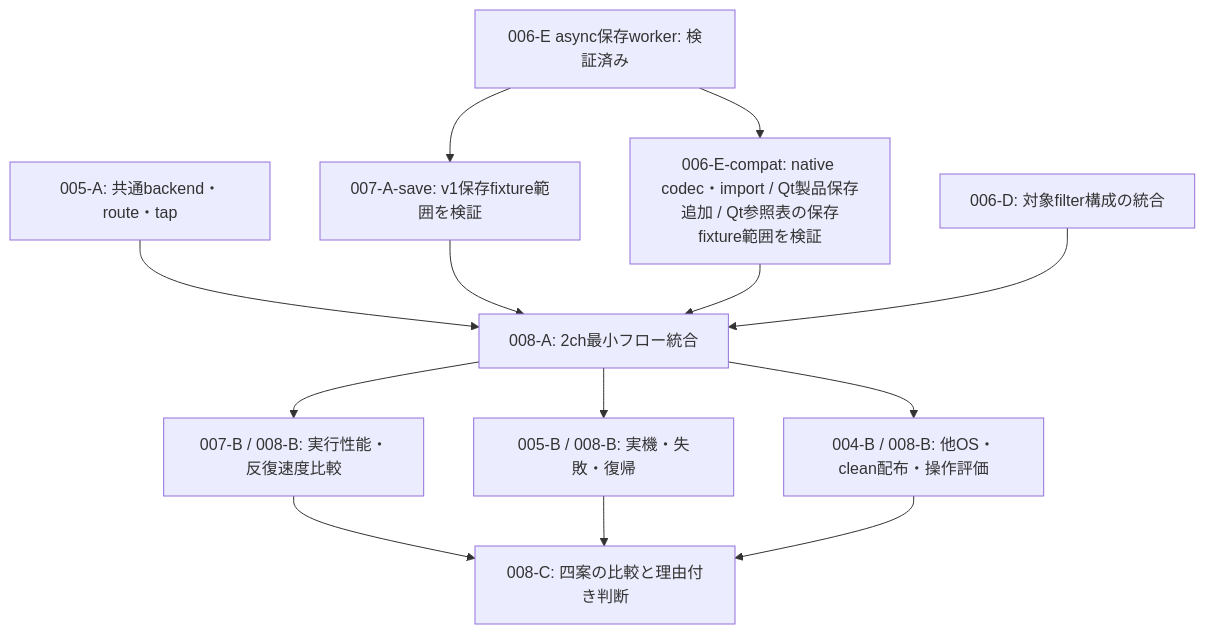
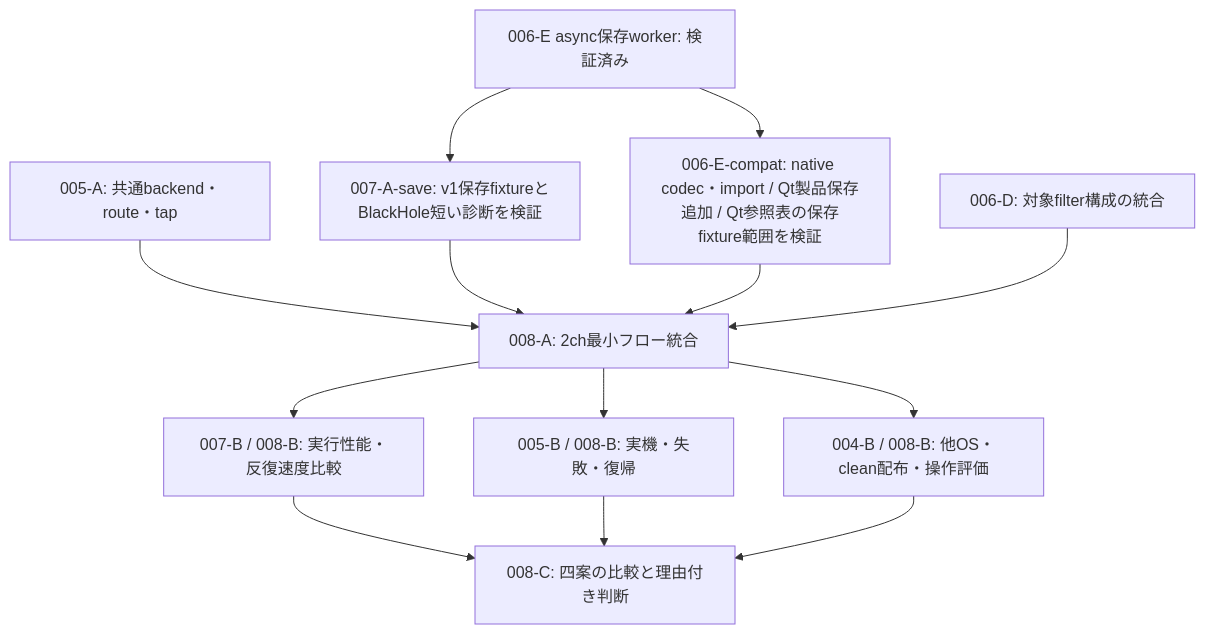
Before and after one commit to youtube-at-vach/MeasureLab: the diagram in migration/remaining-to-mig008.md, drawn with Mermaid. The commit also changed other lines of this file and 16 other files, not shown here.

````diff
--- a/migration/remaining-to-mig008.md
+++ b/migration/remaining-to-mig008.md
@@ -19,15 +21,15 @@
 ```mermaid
 flowchart TD
-    S[006-E async保存worker: 検証済み] --> U[007-A-save: v1保存fixture範囲を検証]
+    S[006-E async保存worker: 検証済み] --> U[007-A-save: v1保存fixtureとBlackHole短い診断を検証]
     S --> C[006-E-compat: native codec・import / Qt製品保存追加 / Qt参照表の保存fixture範囲を検証]
     A[005-A: 共通backend・route・tap] --> I[008-A: 2ch最小フロー統合]
     U --> I
     C --> I
     F[006-D: 対象filter構成の統合] --> I
     I --> B[007-B / 008-B: 実行性能・反復速度比較]
     I --> H[005-B / 008-B: 実機・失敗・復帰]
     I --> P[004-B / 008-B: 他OS・clean配布・操作評価]
     B --> D[008-C: 四案の比較と理由付き判断]
     H --> D
     P --> D
 ```
````
